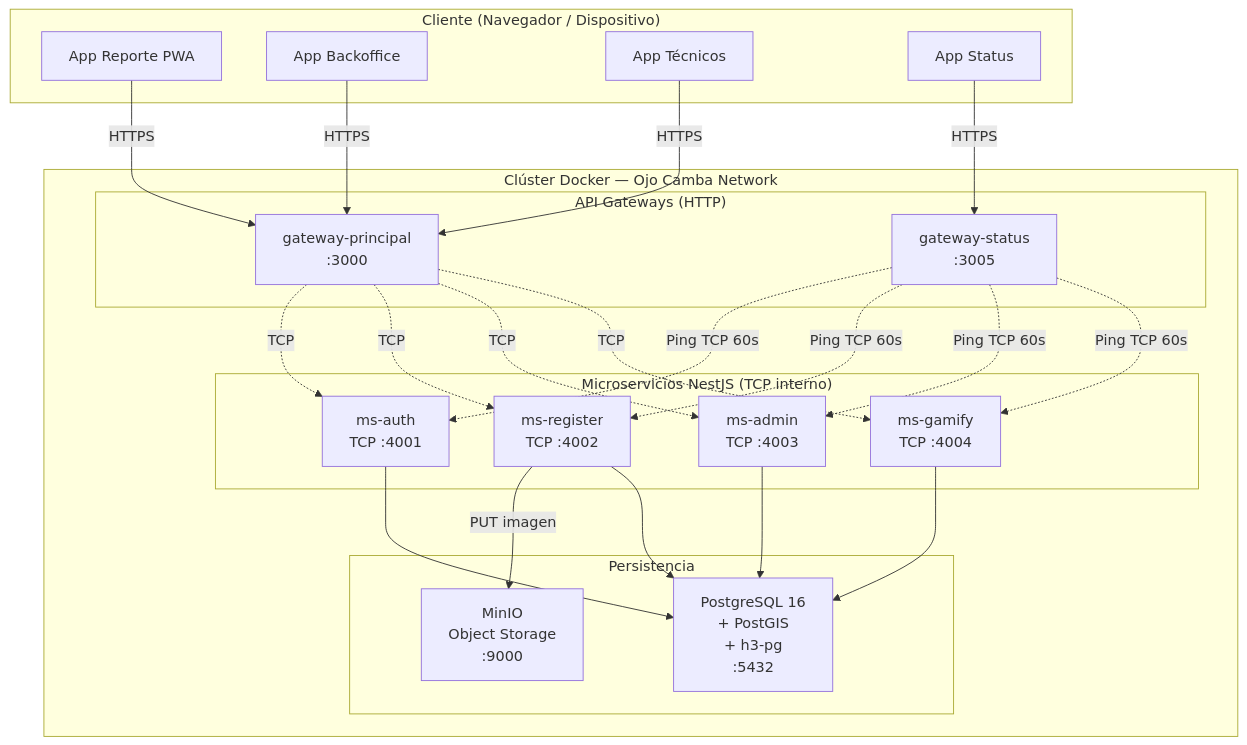
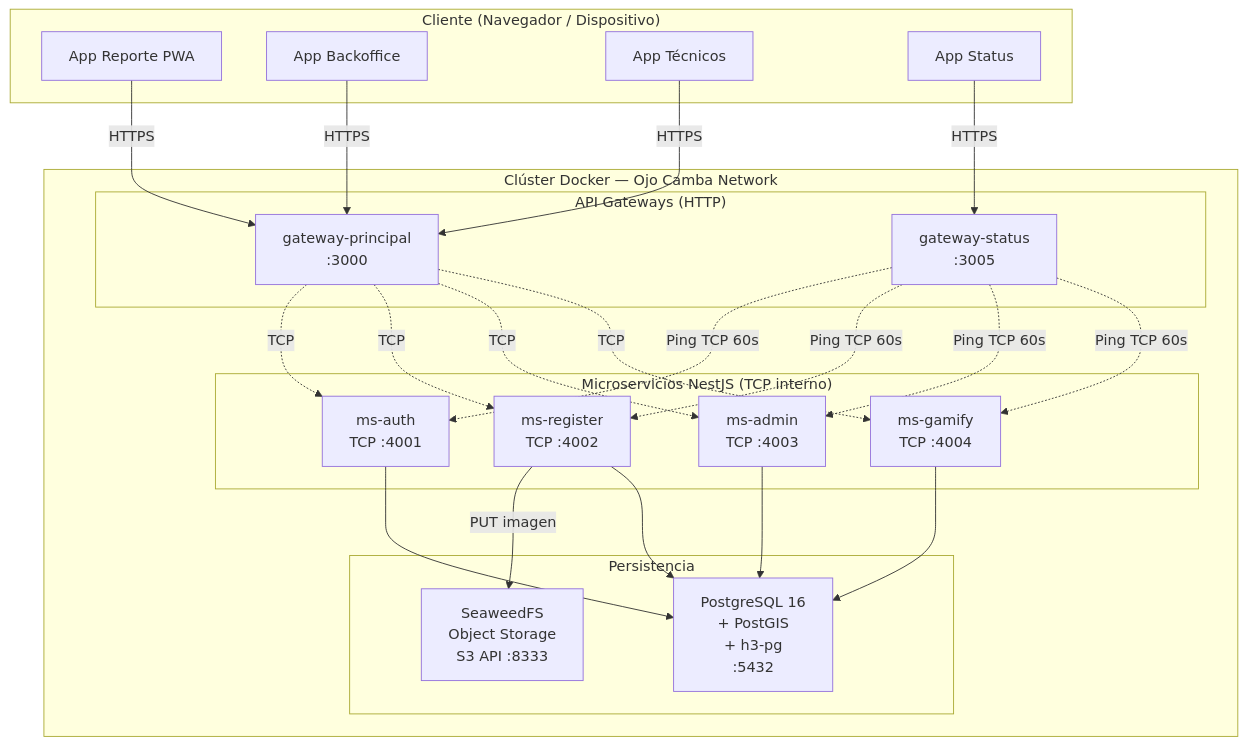
Before and after one commit to jhoel0521/Ojo-Camba: the fifth of 5 diagrams in docs/diagramas_uml.md, drawn with Mermaid. The commit also changed other lines of this file and 17 other files, not shown here.

Commit message:
feat: migrar de MinIO a SeaweedFS y servir imágenes a través del gateway

````diff
--- a/docs/diagramas_uml.md
+++ b/docs/diagramas_uml.md
@@ -247,49 +247,49 @@
 ```mermaid
 graph TD
     subgraph Cliente["Cliente (Navegador / Dispositivo)"]
         PWA["App Reporte PWA"]
         BackOffice["App Backoffice"]
         AppTec["App Técnicos"]
         AppStatus["App Status"]
     end
 
     subgraph Docker_Cluster["Clúster Docker — Ojo Camba Network"]
         subgraph Gateways["API Gateways (HTTP)"]
             GWP["gateway-principal\n:3000"]
             GWS["gateway-status\n:3005"]
         end
 
         subgraph Microservicios["Microservicios NestJS (TCP interno)"]
             MSAuth["ms-auth\nTCP :4001"]
             MSReg["ms-register\nTCP :4002"]
             MSAdmin["ms-admin\nTCP :4003"]
             MSGamify["ms-gamify\nTCP :4004"]
         end
 
         subgraph Almacenamiento["Persistencia"]
             PG["PostgreSQL 16\n+ PostGIS\n+ h3-pg\n:5432"]
-            MINIO["MinIO\nObject Storage\n:9000"]
+            SF["SeaweedFS\nObject Storage\nS3 API :8333"]
         end
     end
 
     PWA -->|HTTPS| GWP
     BackOffice -->|HTTPS| GWP
     AppTec -->|HTTPS| GWP
     AppStatus -->|HTTPS| GWS
 
     GWP -.->|TCP| MSAuth
     GWP -.->|TCP| MSReg
     GWP -.->|TCP| MSAdmin
     GWP -.->|TCP| MSGamify
 
     GWS -.->|Ping TCP 60s| MSAuth
     GWS -.->|Ping TCP 60s| MSReg
     GWS -.->|Ping TCP 60s| MSAdmin
     GWS -.->|Ping TCP 60s| MSGamify
 
-    MSReg -->|PUT imagen| MINIO
+    MSReg -->|PUT imagen| SF
     MSAuth --> PG
     MSReg --> PG
     MSAdmin --> PG
     MSGamify --> PG
 ```
````
